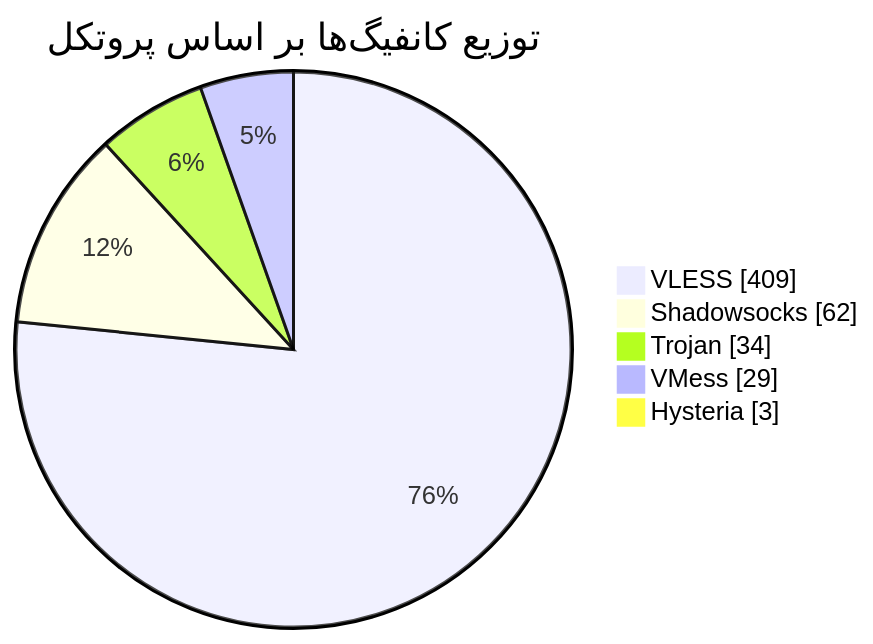
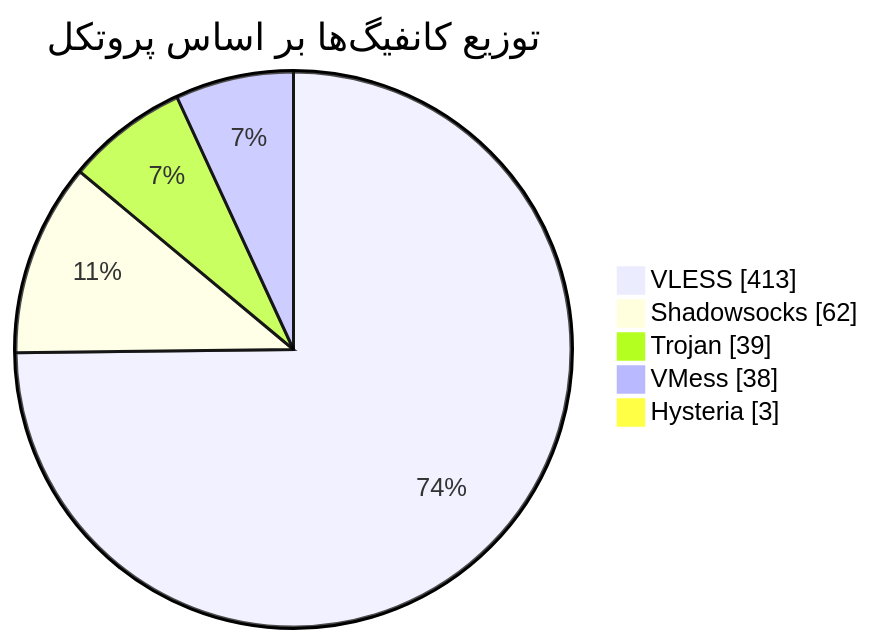
Before and after one commit to Arian-Alijani/Somthing: the diagram in README.md, drawn with Mermaid. The commit also changed other lines of this file and 77 other files, not shown here.

````diff
--- a/README.md
+++ b/README.md
@@ -47,9 +47,9 @@
 ```mermaid
 pie showData
     title توزیع کانفیگ‌ها بر اساس پروتکل
-    "VLESS" : 409
+    "VLESS" : 413
     "Shadowsocks" : 62
-    "Trojan" : 34
-    "VMess" : 29
+    "Trojan" : 39
+    "VMess" : 38
     "Hysteria" : 3
 ```
````
